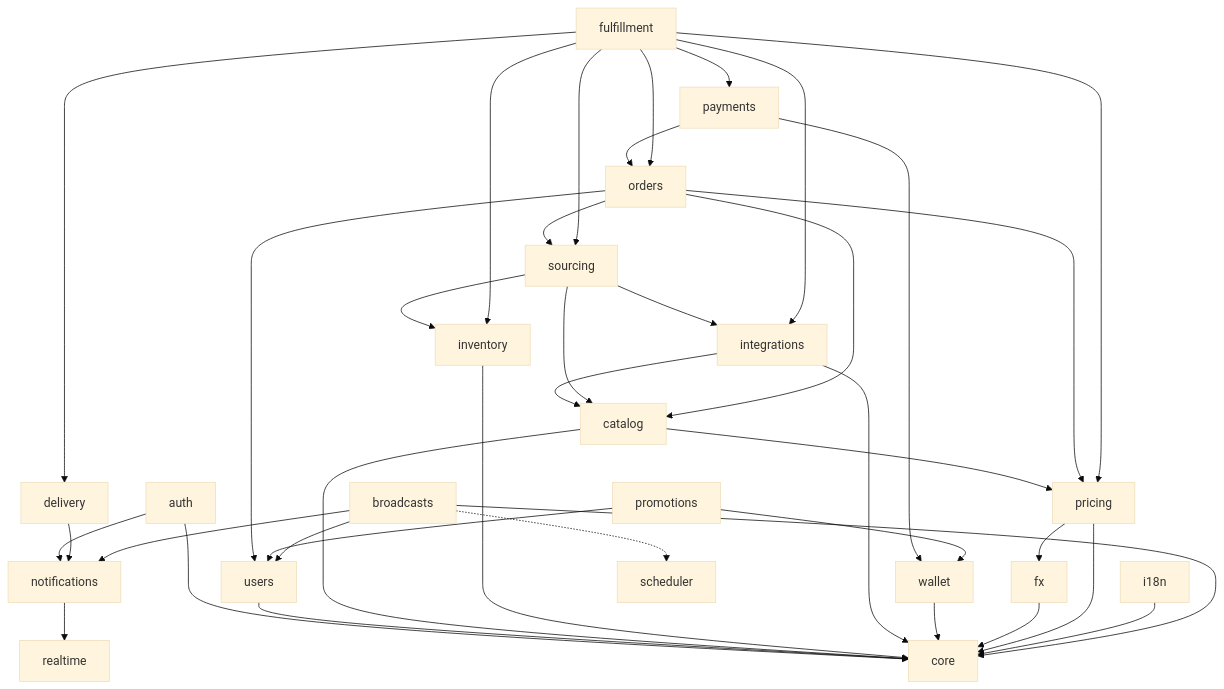
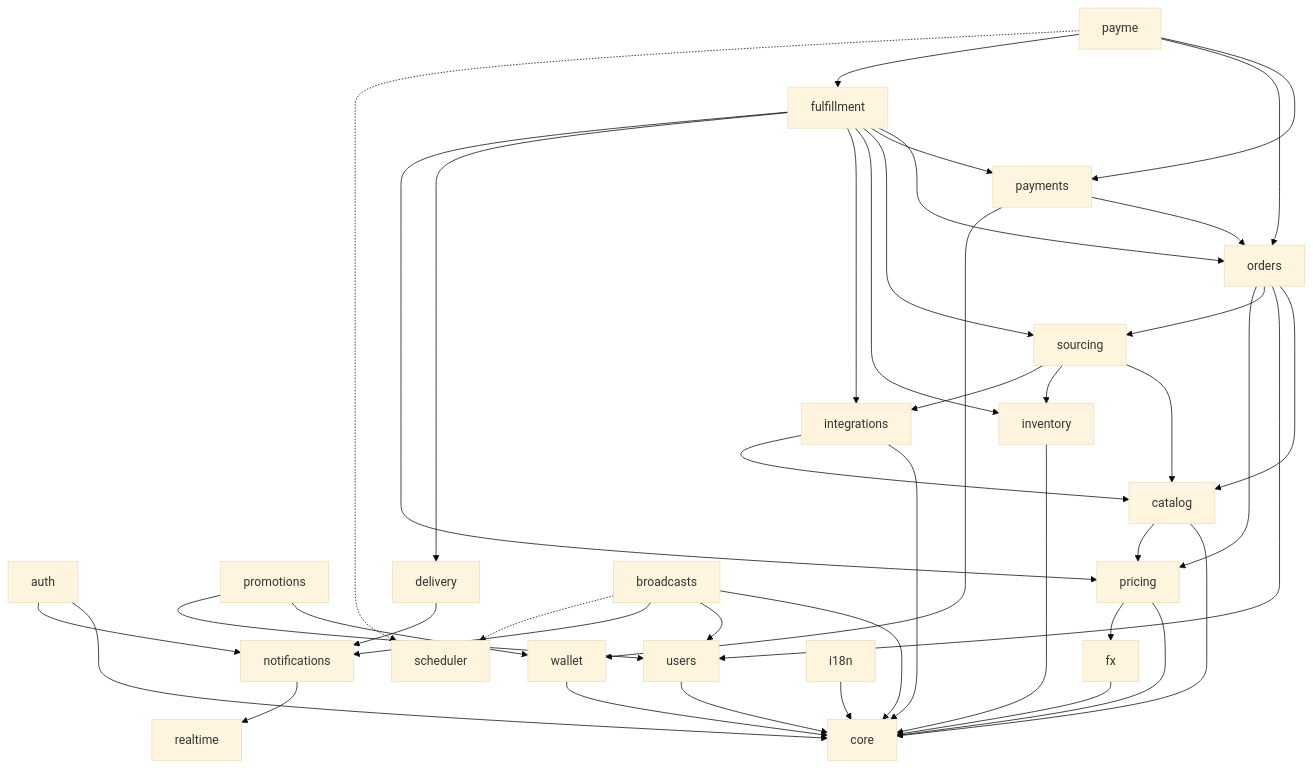
Before and after one commit to jamaomonov/yupay: the diagram in docs/architecture/module-map.md, drawn with Mermaid (base theme). The commit also changed other lines of this file and 4 other files, not shown here.

Commit message:
docs(payme): ADR-0034, README, runbook, sequence diagram, module-map

````diff
--- a/docs/architecture/module-map.md
+++ b/docs/architecture/module-map.md
@@ -33,40 +34,44 @@
 ```mermaid
 flowchart TB
     auth --> core
     auth --> notifications
     users --> core
     catalog --> core
     inventory --> core
     integrations --> core
     integrations --> catalog
     sourcing --> catalog
     sourcing --> inventory
     sourcing --> integrations
     orders --> catalog
     orders --> users
     orders --> sourcing
     payments --> orders
     payments --> wallet
+    payme --> payments
+    payme --> orders
+    payme --> fulfillment
+    payme -.-> scheduler
     wallet --> core
     promotions --> wallet
     promotions --> users
     fulfillment --> orders
     fulfillment --> payments
     fulfillment --> sourcing
     fulfillment --> inventory
     fulfillment --> integrations
     fulfillment --> delivery
     delivery --> notifications
     notifications --> realtime
     fx --> core
     pricing --> core
     pricing --> fx
     catalog --> pricing
     orders --> pricing
     fulfillment --> pricing
     i18n --> core
     broadcasts --> core
     broadcasts --> users
     broadcasts --> notifications
     broadcasts -.-> scheduler
 ```
````
